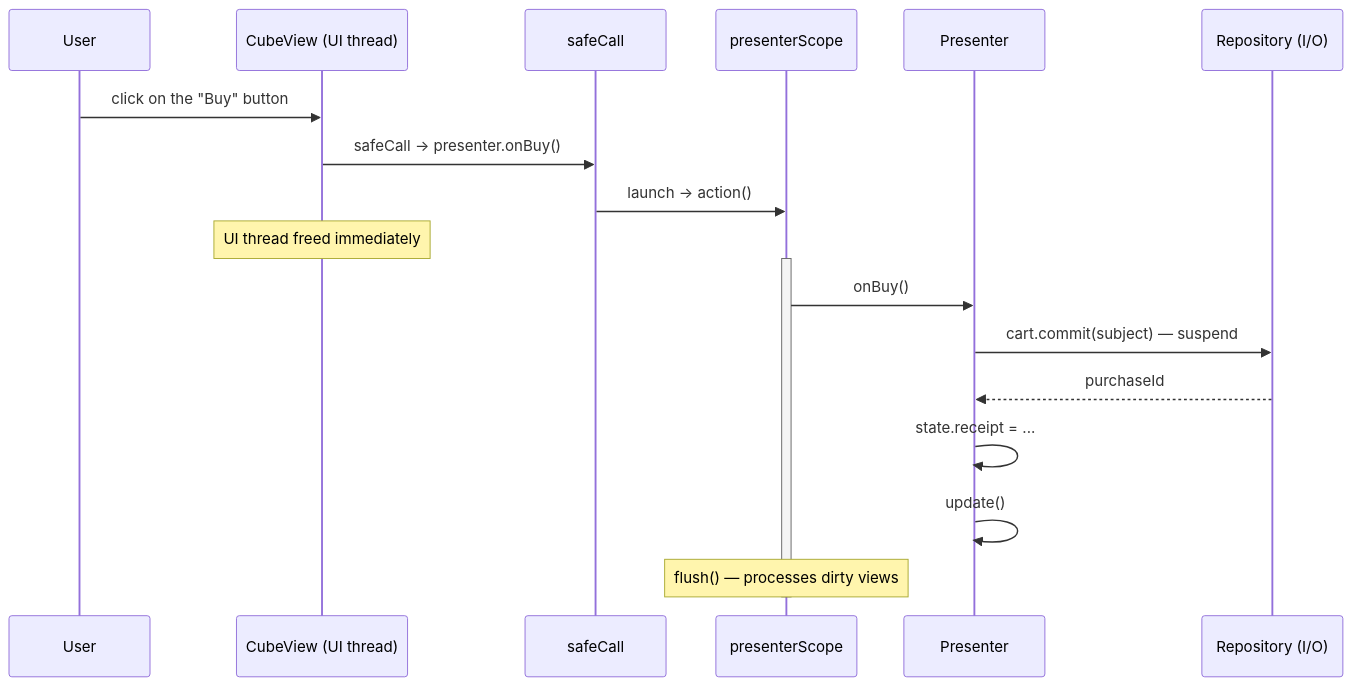
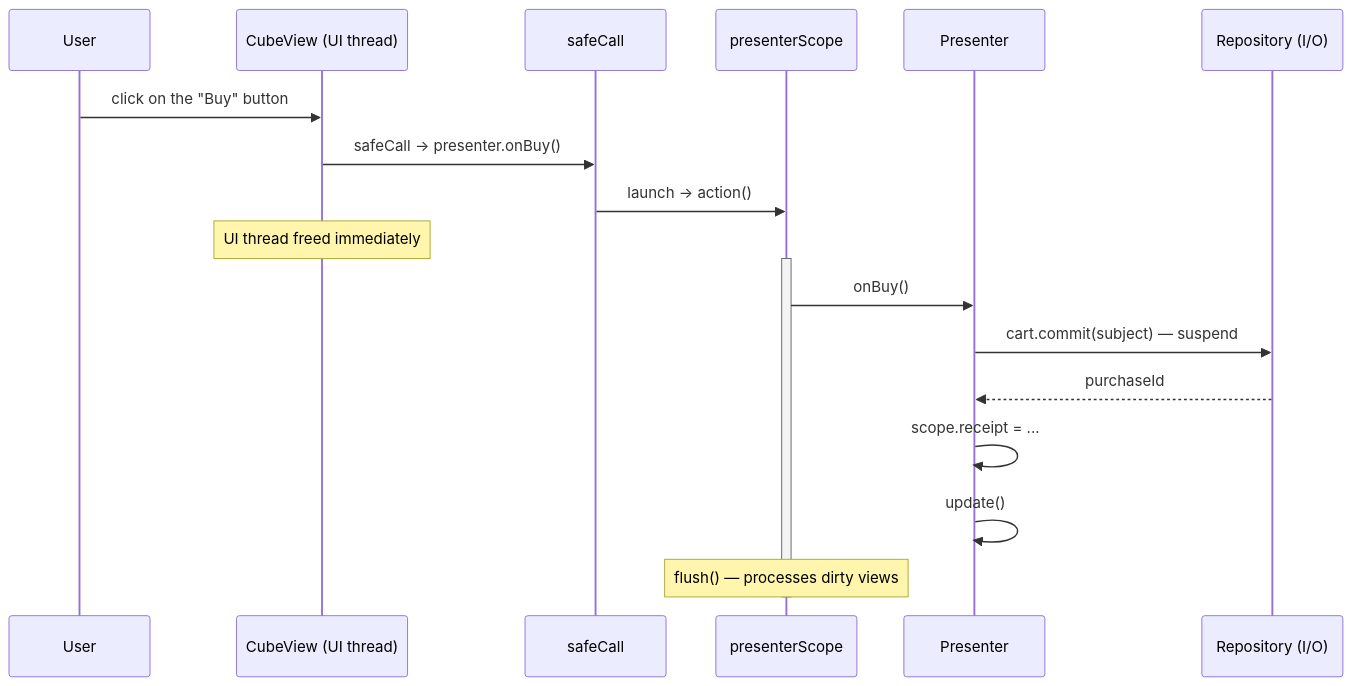
Before and after one commit to mrcdom/wdc-cube-kotlin: diagram 13 of 19 in docs/architecture-cube.md, drawn with Mermaid. The commit also changed other lines of this file and 117 other files, not shown here.

````diff
--- a/docs/architecture-cube.md
+++ b/docs/architecture-cube.md
@@ -720,23 +722,23 @@
 ```mermaid
 sequenceDiagram
     participant User as User
     participant View as CubeView (UI thread)
     participant Safe as safeCall
     participant Scope as presenterScope
     participant Pres as Presenter
     participant Repo as Repository (I/O)
 
     User->>View: click on the "Buy" button
     View->>Safe: safeCall → presenter.onBuy()
     Safe->>Scope: launch → action()
     Note over View: UI thread freed immediately
 
     activate Scope
     Scope->>Pres: onBuy()
     Pres->>Repo: cart.commit(subject) — suspend
     Repo-->>Pres: purchaseId
-    Pres->>Pres: state.receipt = ...
+    Pres->>Pres: scope.receipt = ...
     Pres->>Pres: update()
     Note over Scope: flush() — processes dirty views
     deactivate Scope
 ```
````
